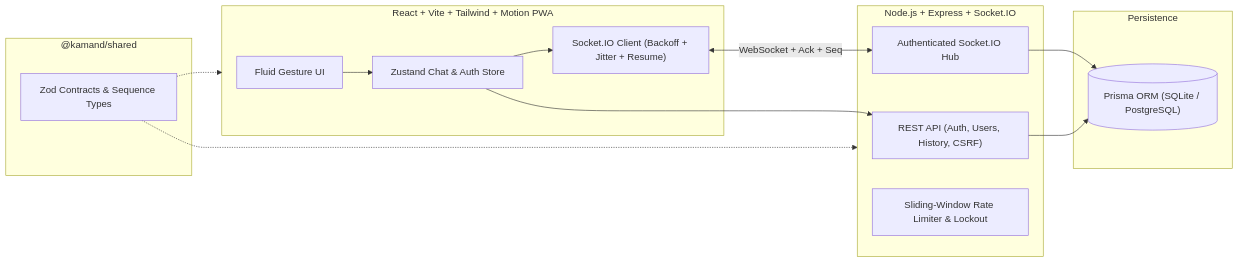
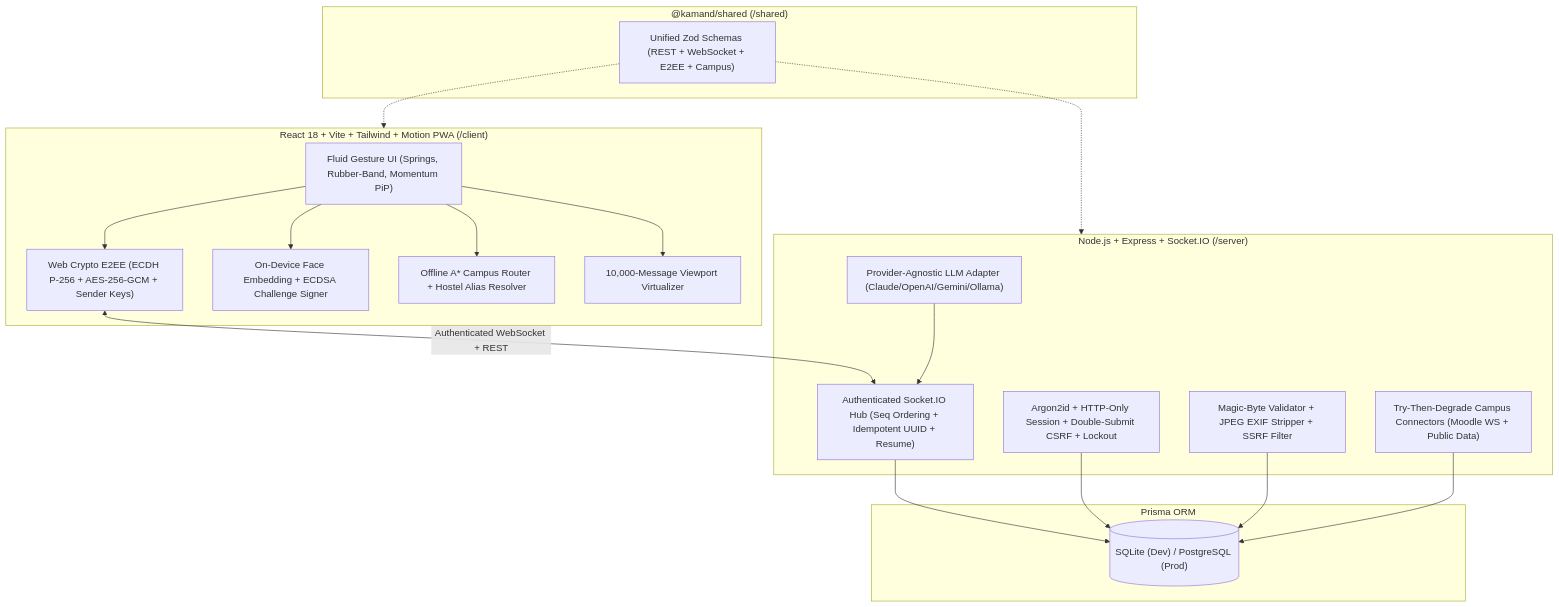
The diagram in README.md (v-krishna07/kamand-chat), drawn with Mermaid before and after one commit. The commit also changed other lines of this file and 8 other files, not shown here.

````diff
--- a/README.md
+++ b/README.md
@@ -12,31 +49,39 @@
 ```mermaid
-graph LR
-  subgraph Client ["React + Vite + Tailwind + Motion PWA"]
-    UI["Fluid Gesture UI"]
-    Store["Zustand Chat & Auth Store"]
-    SocketClient["Socket.IO Client (Backoff + Jitter + Resume)"]
+graph TB
+  subgraph Client ["React 18 + Vite + Tailwind + Motion PWA (/client)"]
+    FluidUI["Fluid Gesture UI (Springs, Rubber-Band, Momentum PiP)"]
+    CryptoEngine["Web Crypto E2EE (ECDH P-256 + AES-256-GCM + Sender Keys)"]
+    FaceEngine["On-Device Face Embedding + ECDSA Challenge Signer"]
+    MapEngine["Offline A* Campus Router + Hostel Alias Resolver"]
+    Virtualizer["10,000-Message Viewport Virtualizer"]
   end
 
-  subgraph Shared ["@kamand/shared"]
-    Schemas["Zod Contracts & Sequence Types"]
+  subgraph Shared ["@kamand/shared (/shared)"]
+    ZodSchemas["Unified Zod Schemas (REST + WebSocket + E2EE + Campus)"]
   end
 
-  subgraph Server ["Node.js + Express + Socket.IO"]
-    REST["REST API (Auth, Users, History, CSRF)"]
-    WS["Authenticated Socket.IO Hub"]
-    RateLimit["Sliding-Window Rate Limiter & Lockout"]
+  subgraph Server ["Node.js + Express + Socket.IO (/server)"]
+    Auth["Argon2id + HTTP-Only Session + Double-Submit CSRF + Lockout"]
+    SocketHub["Authenticated Socket.IO Hub (Seq Ordering + Idempotent UUID + Resume)"]
+    FileSafety["Magic-Byte Validator + JPEG EXIF Stripper + SSRF Filter"]
+    AiAdapter["Provider-Agnostic LLM Adapter (Claude/OpenAI/Gemini/Ollama)"]
+    Connectors["Try-Then-Degrade Campus Connectors (Moodle WS + Public Data)"]
   end
 
-  subgraph Storage ["Persistence"]
-    DB[("Prisma ORM (SQLite / PostgreSQL)")]
+  subgraph Database ["Prisma ORM"]
+    SQLite[("SQLite (Dev) / PostgreSQL (Prod)")]
   end
 
-  UI --> Store
-  Store --> SocketClient
-  Store --> REST
-  SocketClient <-->|WebSocket + Ack + Seq| WS
-  REST --> DB
-  WS --> DB
-  Schemas -.-> Client
-  Schemas -.-> Server
+  FluidUI --> CryptoEngine
+  FluidUI --> FaceEngine
+  FluidUI --> MapEngine
+  FluidUI --> Virtualizer
+  CryptoEngine <-->|Authenticated WebSocket + REST| SocketHub
+  SocketHub --> SQLite
+  Auth --> SQLite
+  FileSafety --> SQLite
+  AiAdapter --> SocketHub
+  Connectors --> SQLite
+  ZodSchemas -.-> Client
+  ZodSchemas -.-> Server
 ```
````
